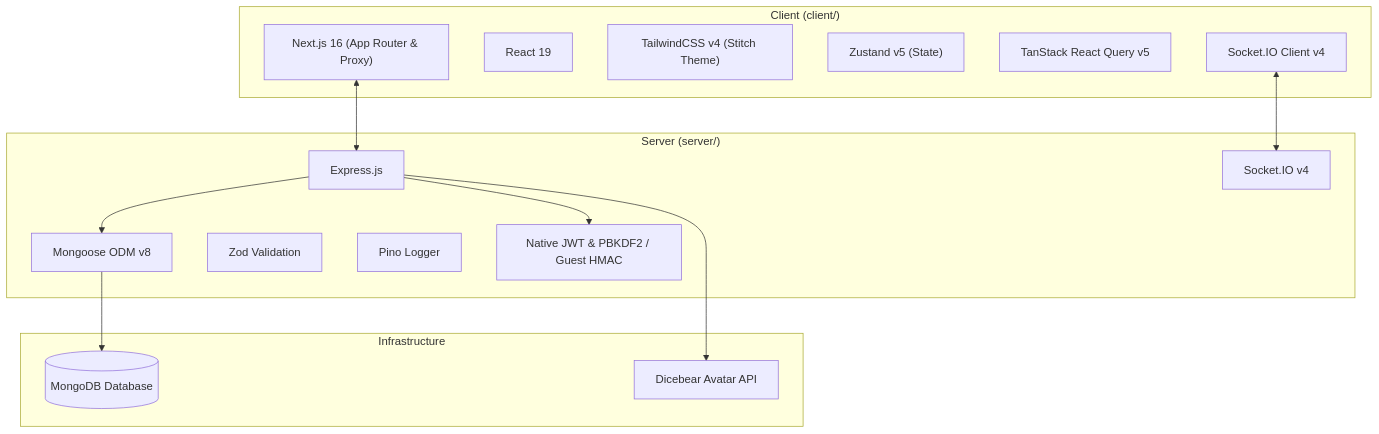
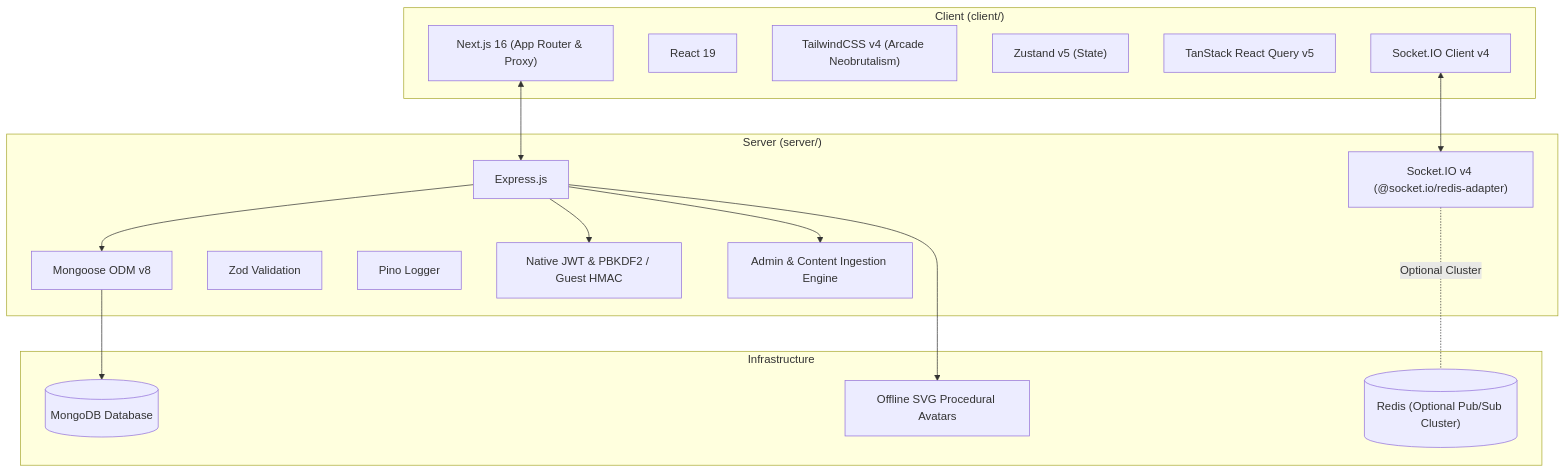
Before and after one commit to harshverma-25/CodeArena: the second of 2 diagrams in docs/00-project-overview.md, drawn with Mermaid. The commit also changed other lines of this file and 21 other files, not shown here.

````diff
--- a/docs/00-project-overview.md
+++ b/docs/00-project-overview.md
@@ -52,31 +57,35 @@
 ```mermaid
 flowchart TD
     subgraph Client ["Client (client/)"]
         Next["Next.js 16 (App Router & Proxy)"]
         React["React 19"]
-        Tailwind["TailwindCSS v4 (Stitch Theme)"]
+        Tailwind["TailwindCSS v4 (Arcade Neobrutalism)"]
         Zustand["Zustand v5 (State)"]
         Query["TanStack React Query v5"]
         SocketClient["Socket.IO Client v4"]
     end
 
     subgraph Server ["Server (server/)"]
         Express["Express.js"]
-        SocketServer["Socket.IO v4"]
+        SocketServer["Socket.IO v4 (@socket.io/redis-adapter)"]
         Mongoose["Mongoose ODM v8"]
         Zod["Zod Validation"]
         Pino["Pino Logger"]
         NativeAuth["Native JWT & PBKDF2 / Guest HMAC"]
+        AdminModule["Admin & Content Ingestion Engine"]
     end
 
     subgraph Infrastructure ["Infrastructure"]
         MongoDB[(MongoDB Database)]
-        Dicebear[Dicebear Avatar API]
+        RedisPubSub[("Redis (Optional Pub/Sub Cluster)")]
+        OfflineSVG["Offline SVG Procedural Avatars"]
     end
 
     Next <--> Express
     SocketClient <--> SocketServer
     Express --> Mongoose --> MongoDB
     Express --> NativeAuth
-    Express --> Dicebear
+    Express --> AdminModule
+    SocketServer -. Optional Cluster .- RedisPubSub
+    Express --> OfflineSVG
 ```
````
